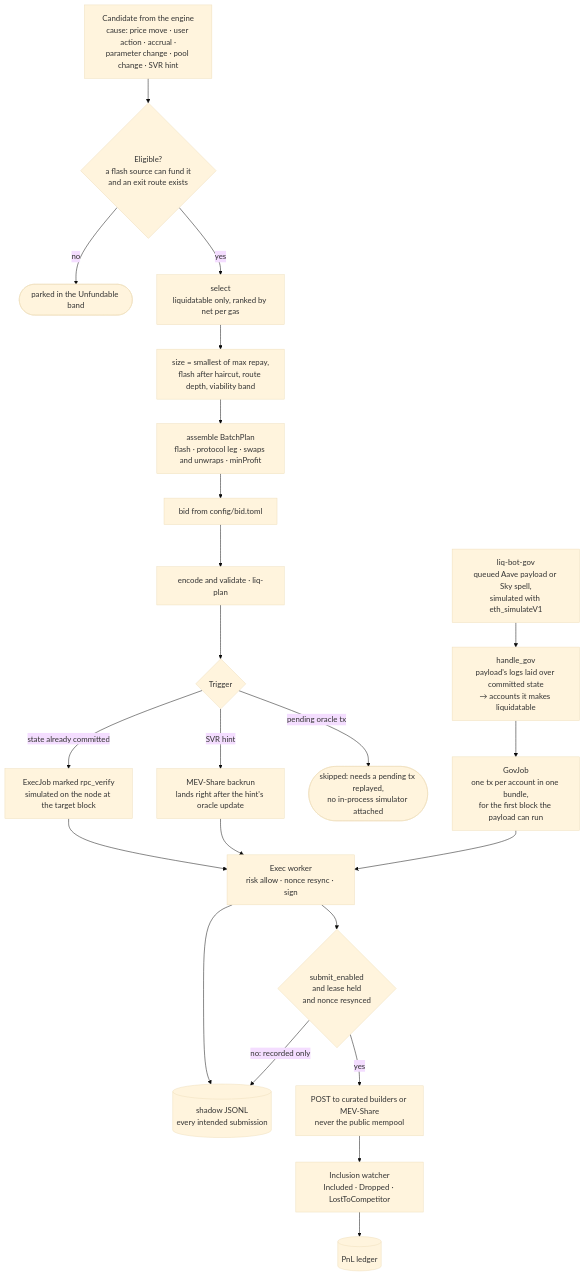
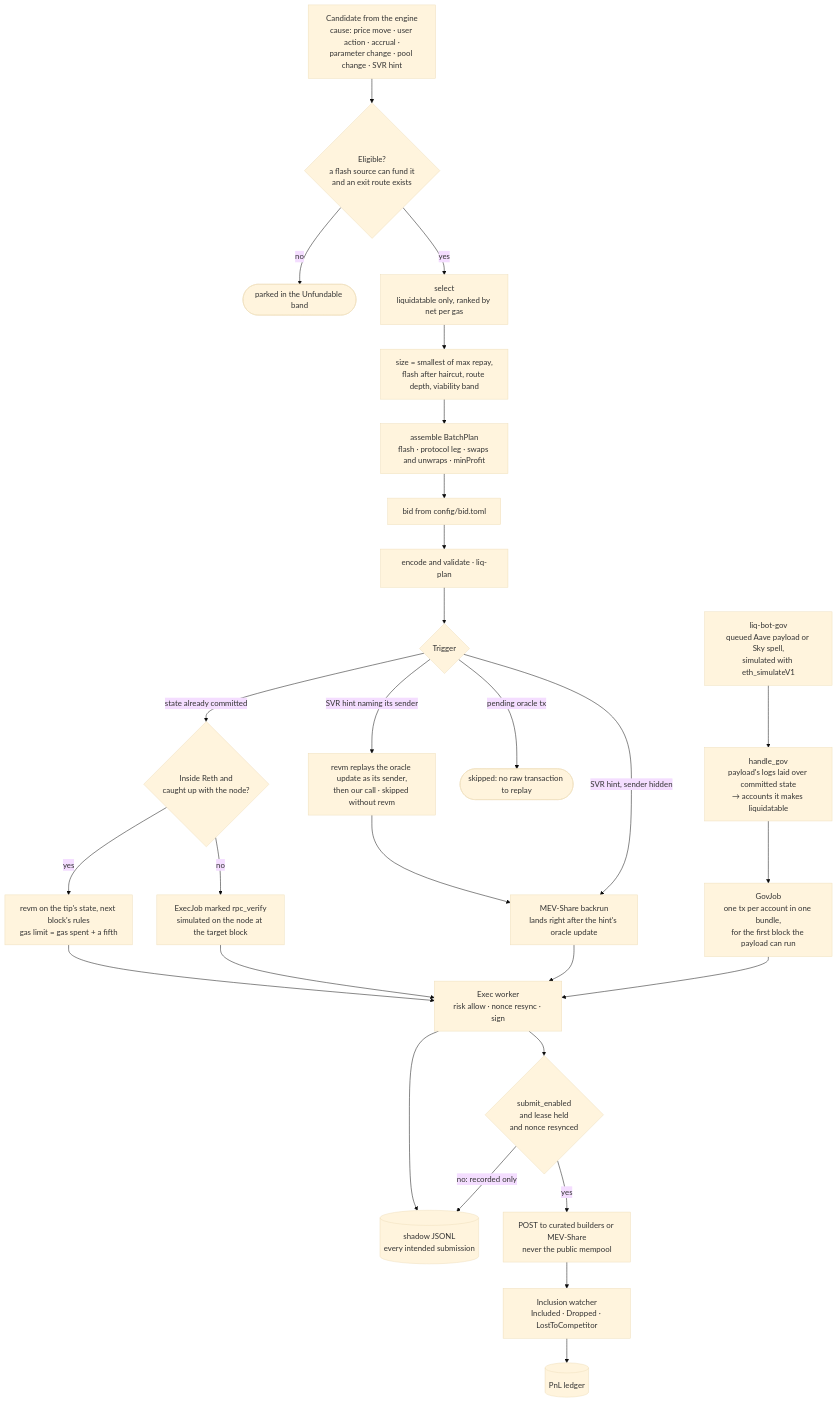
Before and after one commit to appCryptoCrucible/liquidation: the sixth of 9 diagrams in README.md, drawn with Mermaid (base theme). The commit also changed other lines of this file and 58 other files, not shown here.

````diff
--- a/README.md
+++ b/README.md
@@ -268,36 +272,42 @@
 ```mermaid
 flowchart TD
     CAND["Candidate from the engine<br/>cause: price move · user action · accrual ·<br/>parameter change · pool change · SVR hint"]
     ELIG{"Eligible?<br/>a flash source can fund it<br/>and an exit route exists"}
     PARK(["parked in the Unfundable band"])
     SEL["select<br/>liquidatable only, ranked by net per gas"]
     SIZE["size = smallest of max repay,<br/>flash after haircut, route depth, viability band"]
     ASM["assemble BatchPlan<br/>flash · protocol leg · swaps and unwraps · minProfit"]
     BID["bid from config/bid.toml"]
     ENC["encode and validate · liq-plan"]
     TRIG{"Trigger"}
+    INPROC{"Inside Reth and<br/>caught up with the node?"}
+    RSIM["revm on the tip's state, next block's rules<br/>gas limit = gas spent + a fifth"]
     VER["ExecJob marked rpc_verify<br/>simulated on the node at the target block"]
+    REPLAY["revm replays the oracle update as its sender,<br/>then our call · skipped without revm"]
     SVR["MEV-Share backrun<br/>lands right after the hint's oracle update"]
-    SKIP(["skipped: needs a pending tx replayed,<br/>no in-process simulator attached"])
+    SKIP(["skipped: no raw transaction to replay"])
     GSIM["liq-bot-gov<br/>queued Aave payload or Sky spell,<br/>simulated with eth_simulateV1"]
     GOV["handle_gov<br/>payload's logs laid over committed state<br/>→ accounts it makes liquidatable"]
     GJOB["GovJob<br/>one tx per account in one bundle,<br/>for the first block the payload can run"]
     WORK["Exec worker<br/>risk allow · nonce resync · sign"]
     REC[("shadow JSONL<br/>every intended submission")]
     GATE{"submit_enabled<br/>and lease held<br/>and nonce resynced"}
     SEND["POST to curated builders or MEV-Share<br/>never the public mempool"]
     INC["Inclusion watcher<br/>Included · Dropped · LostToCompetitor"]
     LEDGER[("PnL ledger")]
 
     CAND --> ELIG
     ELIG -->|no| PARK
     ELIG -->|yes| SEL --> SIZE --> ASM --> BID --> ENC --> TRIG
-    TRIG -->|"state already committed"| VER --> WORK
-    TRIG -->|"SVR hint"| SVR --> WORK
+    TRIG -->|"state already committed"| INPROC
+    INPROC -->|yes| RSIM --> WORK
+    INPROC -->|no| VER --> WORK
+    TRIG -->|"SVR hint naming its sender"| REPLAY --> SVR
+    TRIG -->|"SVR hint, sender hidden"| SVR --> WORK
     TRIG -->|"pending oracle tx"| SKIP
     GSIM --> GOV --> GJOB --> WORK
     WORK --> REC
     WORK --> GATE
     GATE -->|yes| SEND --> INC --> LEDGER
     GATE -->|"no: recorded only"| REC
 ```
````
